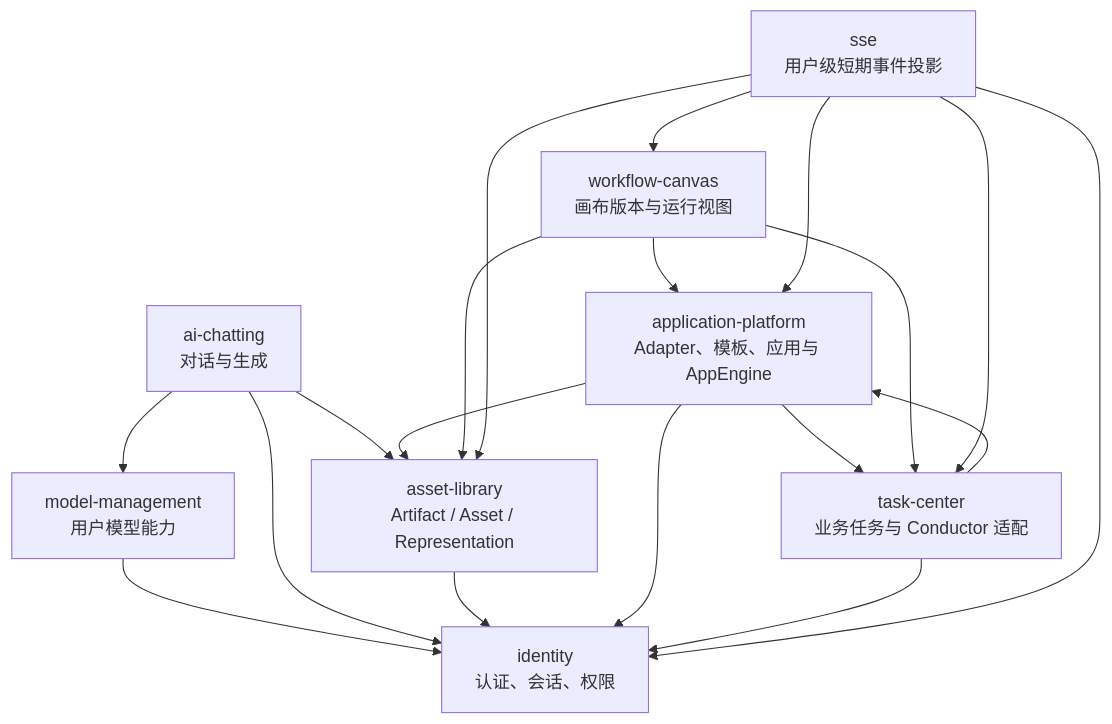
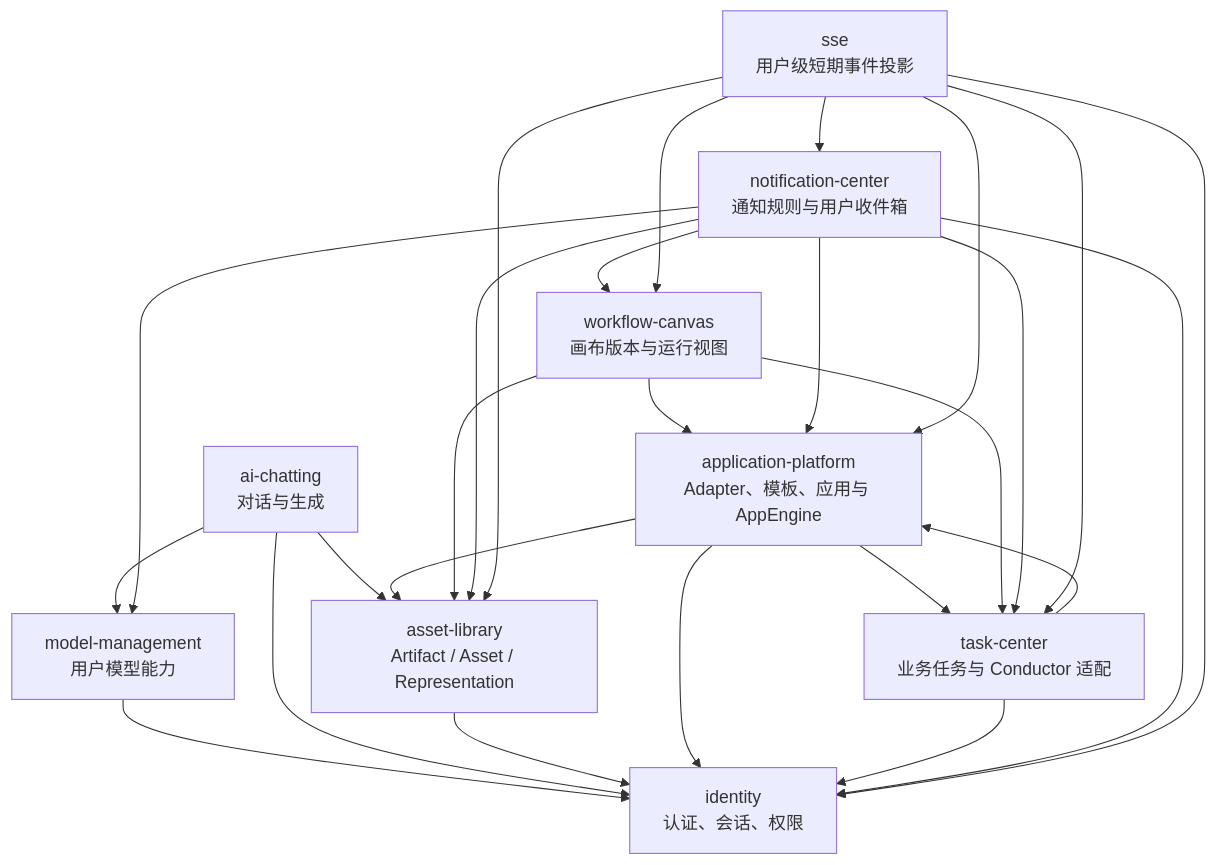
One commit to wangweihong/omnimam-spec changed the first of 4 diagrams in 02_architecture/global-architecture.md. Above: the diagram before and after it, drawn with Mermaid. The commit also changed other lines of this file and 16 other files, not shown here.

Commit message:
spec: define notification center contracts

````diff
--- a/02_architecture/global-architecture.md
+++ b/02_architecture/global-architecture.md
@@ -26,31 +27,39 @@
 ```mermaid
 graph TD
   Identity["identity<br/>认证、会话、权限"]
   Model["model-management<br/>用户模型能力"]
   Chat["ai-chatting<br/>对话与生成"]
   Asset["asset-library<br/>Artifact / Asset / Representation"]
   App["application-platform<br/>Adapter、模板、应用与 AppEngine"]
   Task["task-center<br/>业务任务与 Conductor 适配"]
   Canvas["workflow-canvas<br/>画布版本与运行视图"]
+  Notify["notification-center<br/>通知规则与用户收件箱"]
   SSE["sse<br/>用户级短期事件投影"]
 
   Chat --> Model
   Chat --> Asset
   App --> Task
   App --> Asset
   Task --> App
   Canvas --> Task
   Canvas --> App
   Canvas --> Asset
+  Notify --> Task
+  Notify --> App
+  Notify --> Asset
+  Notify --> Canvas
+  Notify --> Model
+  SSE --> Notify
   SSE --> Task
   SSE --> App
   SSE --> Asset
   SSE --> Canvas
 
   Model --> Identity
   Chat --> Identity
   Asset --> Identity
   App --> Identity
   Task --> Identity
+  Notify --> Identity
   SSE --> Identity
 ```
````
